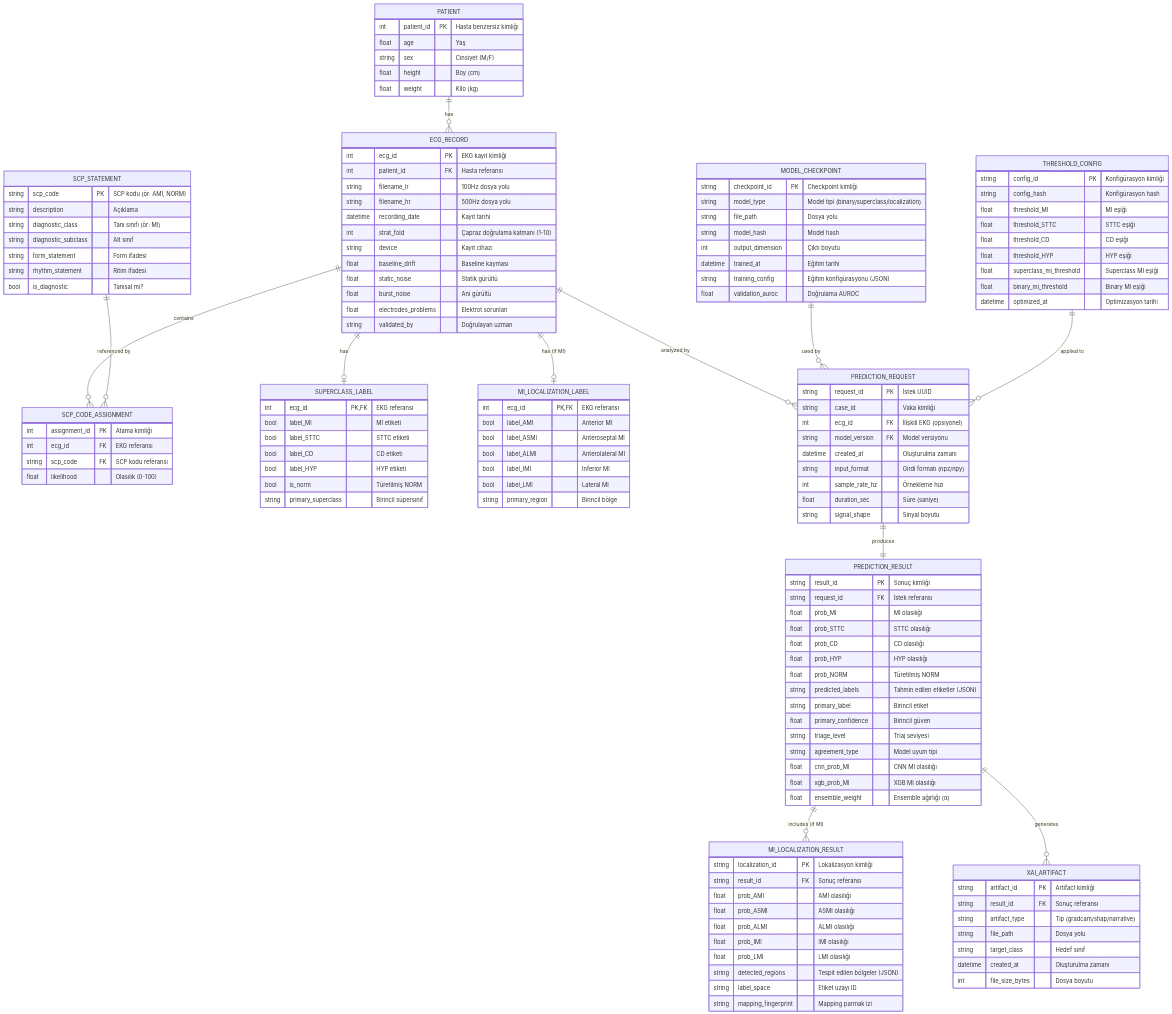
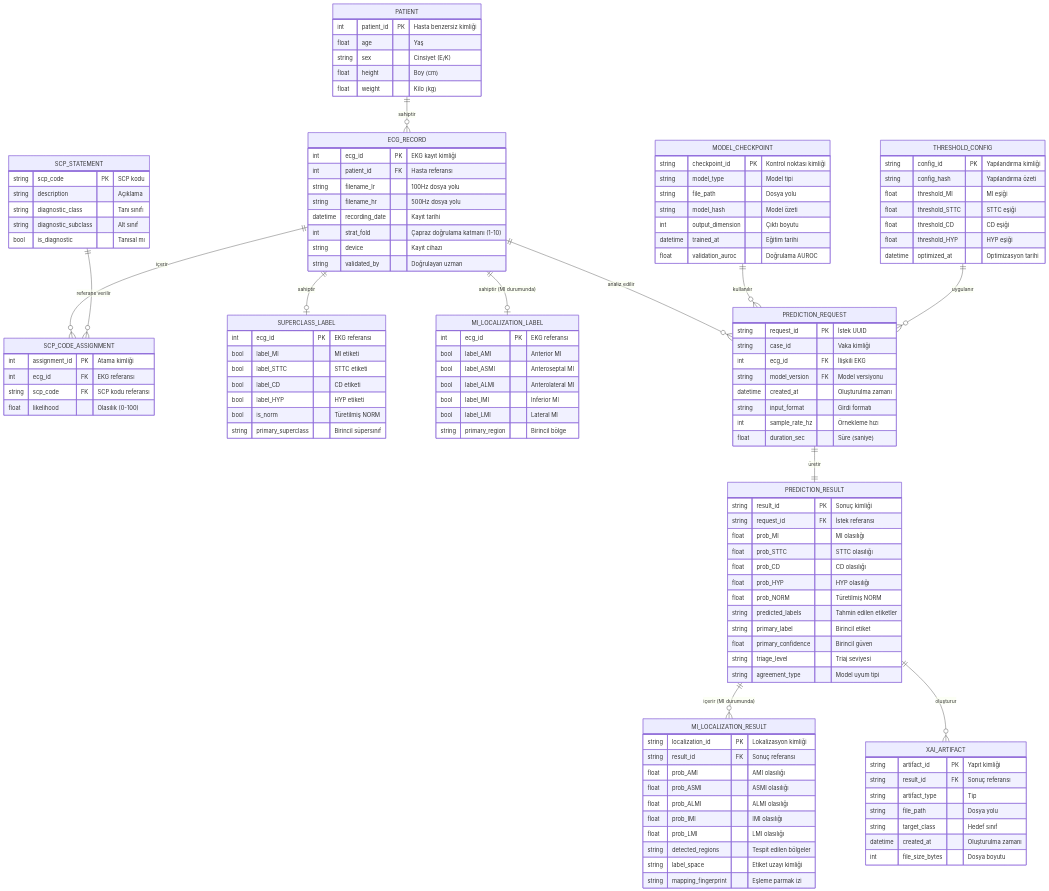
The first of 5 diagrams in docs/diagrams/04_erd_diagram.md (mUsaulug/CardioGuard-AI), drawn with Mermaid before and after one commit. The commit also changed other lines of this file and 5 other files, not shown here.

````diff
--- a/docs/diagrams/04_erd_diagram.md
+++ b/docs/diagrams/04_erd_diagram.md
@@ -25,21 +44,21 @@
 ```mermaid
 erDiagram
-    PATIENT ||--o{ ECG_RECORD : "has"
-    ECG_RECORD ||--o{ SCP_CODE_ASSIGNMENT : "contains"
-    SCP_STATEMENT ||--o{ SCP_CODE_ASSIGNMENT : "referenced by"
-    ECG_RECORD ||--o| SUPERCLASS_LABEL : "has"
-    ECG_RECORD ||--o| MI_LOCALIZATION_LABEL : "has (if MI)"
-    ECG_RECORD ||--o{ PREDICTION_REQUEST : "analyzed by"
-    PREDICTION_REQUEST ||--|| PREDICTION_RESULT : "produces"
-    PREDICTION_RESULT ||--o{ MI_LOCALIZATION_RESULT : "includes (if MI)"
-    PREDICTION_RESULT ||--o{ XAI_ARTIFACT : "generates"
-    MODEL_CHECKPOINT ||--o{ PREDICTION_REQUEST : "used by"
-    THRESHOLD_CONFIG ||--o{ PREDICTION_REQUEST : "applied to"
+    PATIENT ||--o{ ECG_RECORD : "sahiptir"
+    ECG_RECORD ||--o{ SCP_CODE_ASSIGNMENT : "içerir"
+    SCP_STATEMENT ||--o{ SCP_CODE_ASSIGNMENT : "referans verilir"
+    ECG_RECORD ||--o| SUPERCLASS_LABEL : "sahiptir"
+    ECG_RECORD ||--o| MI_LOCALIZATION_LABEL : "sahiptir (MI durumunda)"
+    ECG_RECORD ||--o{ PREDICTION_REQUEST : "analiz edilir"
+    PREDICTION_REQUEST ||--|| PREDICTION_RESULT : "üretir"
+    PREDICTION_RESULT ||--o{ MI_LOCALIZATION_RESULT : "içerir (MI durumunda)"
+    PREDICTION_RESULT ||--o{ XAI_ARTIFACT : "oluşturur"
+    MODEL_CHECKPOINT ||--o{ PREDICTION_REQUEST : "kullanılır"
+    THRESHOLD_CONFIG ||--o{ PREDICTION_REQUEST : "uygulanır"
     
     PATIENT {
         int patient_id PK "Hasta benzersiz kimliği"
         float age "Yaş"
-        string sex "Cinsiyet (M/F)"
+        string sex "Cinsiyet (E/K)"
         float height "Boy (cm)"
         float weight "Kilo (kg)"
     }
@@ -52,21 +71,15 @@
         datetime recording_date "Kayıt tarihi"
         int strat_fold "Çapraz doğrulama katmanı (1-10)"
         string device "Kayıt cihazı"
-        float baseline_drift "Baseline kayması"
-        float static_noise "Statik gürültü"
-        float burst_noise "Ani gürültü"
-        float electrodes_problems "Elektrot sorunları"
         string validated_by "Doğrulayan uzman"
     }
     
     SCP_STATEMENT {
-        string scp_code PK "SCP kodu (ör: AMI, NORM)"
+        string scp_code PK "SCP kodu"
         string description "Açıklama"
-        string diagnostic_class "Tanı sınıfı (ör: MI)"
+        string diagnostic_class "Tanı sınıfı"
         string diagnostic_subclass "Alt sınıf"
-        string form_statement "Form ifadesi"
-        string rhythm_statement "Ritim ifadesi"
-        bool is_diagnostic "Tanısal mı?"
+        bool is_diagnostic "Tanısal mı"
     }
     
     SCP_CODE_ASSIGNMENT {
@@ -77,7 +90,7 @@
     }
     
     SUPERCLASS_LABEL {
-        int ecg_id PK,FK "EKG referansı"
+        int ecg_id PK "EKG referansı"
         bool label_MI "MI etiketi"
         bool label_STTC "STTC etiketi"
         bool label_CD "CD etiketi"
@@ -87,7 +100,7 @@
     }
     
     MI_LOCALIZATION_LABEL {
-        int ecg_id PK,FK "EKG referansı"
+        int ecg_id PK "EKG referansı"
         bool label_AMI "Anterior MI"
         bool label_ASMI "Anteroseptal MI"
         bool label_ALMI "Anterolateral MI"
@@ -99,13 +112,12 @@
     PREDICTION_REQUEST {
         string request_id PK "İstek UUID"
         string case_id "Vaka kimliği"
-        int ecg_id FK "İlişkili EKG (opsiyonel)"
+        int ecg_id FK "İlişkili EKG"
         string model_version FK "Model versiyonu"
         datetime created_at "Oluşturulma zamanı"
-        string input_format "Girdi formatı (npz/npy)"
+        string input_format "Girdi formatı"
         int sample_rate_hz "Örnekleme hızı"
         float duration_sec "Süre (saniye)"
-        string signal_shape "Sinyal boyutu"
     }
     
     PREDICTION_RESULT {
@@ -116,14 +128,11 @@
         float prob_CD "CD olasılığı"
         float prob_HYP "HYP olasılığı"
         float prob_NORM "Türetilmiş NORM"
-        string predicted_labels "Tahmin edilen etiketler (JSON)"
+        string predicted_labels "Tahmin edilen etiketler"
         string primary_label "Birincil etiket"
         float primary_confidence "Birincil güven"
         string triage_level "Triaj seviyesi"
         string agreement_type "Model uyum tipi"
-        float cnn_prob_MI "CNN MI olasılığı"
-        float xgb_prob_MI "XGB MI olasılığı"
-        float ensemble_weight "Ensemble ağırlığı (α)"
     }
     
     MI_LOCALIZATION_RESULT {
@@ -134,15 +143,15 @@
         float prob_ALMI "ALMI olasılığı"
         float prob_IMI "IMI olasılığı"
         float prob_LMI "LMI olasılığı"
-        string detected_regions "Tespit edilen bölgeler (JSON)"
-        string label_space "Etiket uzayı ID"
-        string mapping_fingerprint "Mapping parmak izi"
+        string detected_regions "Tespit edilen bölgeler"
+        string label_space "Etiket uzayı kimliği"
+        string mapping_fingerprint "Eşleme parmak izi"
     }
     
     XAI_ARTIFACT {
-        string artifact_id PK "Artifact kimliği"
+        string artifact_id PK "Yapıt kimliği"
         string result_id FK "Sonuç referansı"
-        string artifact_type "Tip (gradcam/shap/narrative)"
+        string artifact_type "Tip"
         string file_path "Dosya yolu"
         string target_class "Hedef sınıf"
         datetime created_at "Oluşturulma zamanı"
@@ -150,25 +159,22 @@
     }
     
     MODEL_CHECKPOINT {
-        string checkpoint_id PK "Checkpoint kimliği"
-        string model_type "Model tipi (binary/superclass/localization)"
+        string checkpoint_id PK "Kontrol noktası kimliği"
+        string model_type "Model tipi"
         string file_path "Dosya yolu"
-        string model_hash "Model hash"
+        string model_hash "Model özeti"
         int output_dimension "Çıktı boyutu"
         datetime trained_at "Eğitim tarihi"
-        string training_config "Eğitim konfigürasyonu (JSON)"
         float validation_auroc "Doğrulama AUROC"
     }
     
     THRESHOLD_CONFIG {
-        string config_id PK "Konfigürasyon kimliği"
-        string config_hash "Konfigürasyon hash"
+        string config_id PK "Yapılandırma kimliği"
+        string config_hash "Yapılandırma özeti"
         float threshold_MI "MI eşiği"
         float threshold_STTC "STTC eşiği"
         float threshold_CD "CD eşiği"
         float threshold_HYP "HYP eşiği"
-        float superclass_mi_threshold "Superclass MI eşiği"
-        float binary_mi_threshold "Binary MI eşiği"
         datetime optimized_at "Optimizasyon tarihi"
     }
 ```
````
